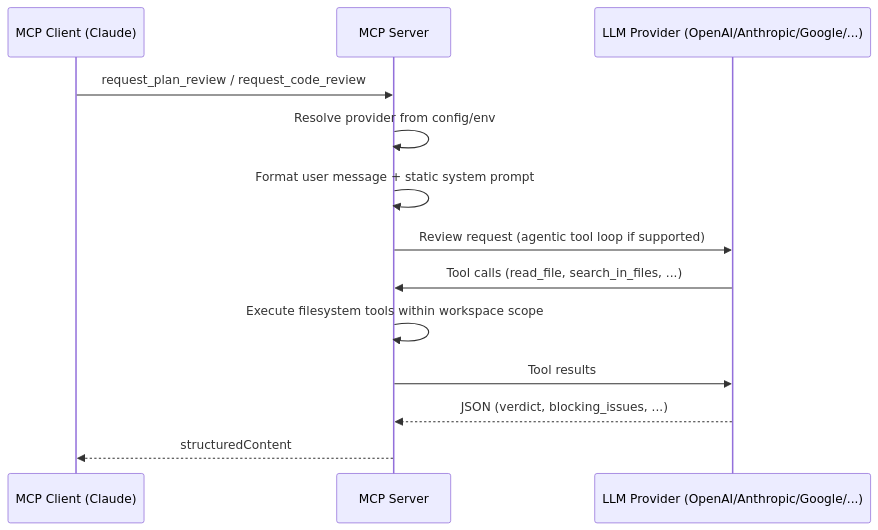
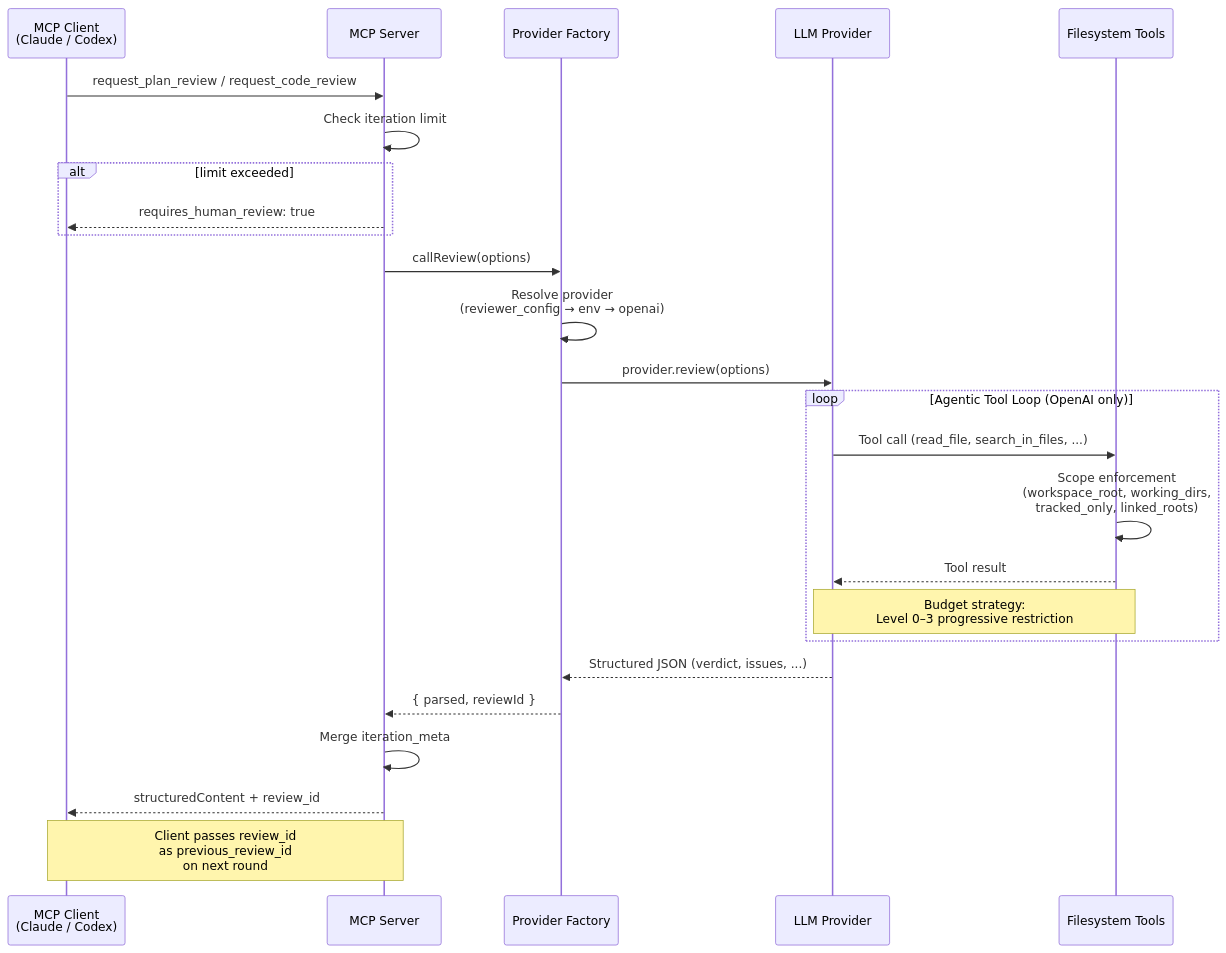
One commit to Planningo/duul changed the third of 4 diagrams in README.md. Above: the diagram before and after it, drawn with Mermaid. The commit also changed other lines of this file and 1 other file, not shown here.

First line of the commit message:
docs: replace flowcharts with comprehensive mermaid diagrams

````diff
--- a/README.md
+++ b/README.md
@@ -54,16 +83,31 @@
 ```mermaid
 sequenceDiagram
-    participant Client as MCP Client (Claude)
+    participant Client as MCP Client<br/>(Claude / Codex)
     participant Server as MCP Server
-    participant Provider as LLM Provider (OpenAI/Anthropic/Google/...)
+    participant Factory as Provider Factory
+    participant Provider as LLM Provider
+    participant FS as Filesystem Tools
 
     Client->>Server: request_plan_review / request_code_review
-    Server->>Server: Resolve provider from config/env
-    Server->>Server: Format user message + static system prompt
-    Server->>Provider: Review request (agentic tool loop if supported)
-    Provider->>Server: Tool calls (read_file, search_in_files, ...)
-    Server->>Server: Execute filesystem tools within workspace scope
-    Server->>Provider: Tool results
-    Provider-->>Server: JSON (verdict, blocking_issues, ...)
-    Server-->>Client: structuredContent
+    Server->>Server: Check iteration limit
+    alt limit exceeded
+        Server-->>Client: requires_human_review: true
+    end
+    Server->>Factory: callReview(options)
+    Factory->>Factory: Resolve provider<br/>(reviewer_config → env → openai)
+    Factory->>Provider: provider.review(options)
+
+    loop Agentic Tool Loop (OpenAI only)
+        Provider->>FS: Tool call (read_file, search_in_files, ...)
+        FS->>FS: Scope enforcement<br/>(workspace_root, working_dirs,<br/>tracked_only, linked_roots)
+        FS-->>Provider: Tool result
+        Note over Provider,FS: Budget strategy:<br/>Level 0–3 progressive restriction
+    end
+
+    Provider-->>Factory: Structured JSON (verdict, issues, ...)
+    Factory-->>Server: { parsed, reviewId }
+    Server->>Server: Merge iteration_meta
+    Server-->>Client: structuredContent + review_id
+
+    Note over Client,Server: Client passes review_id<br/>as previous_review_id<br/>on next round
 ```
````
